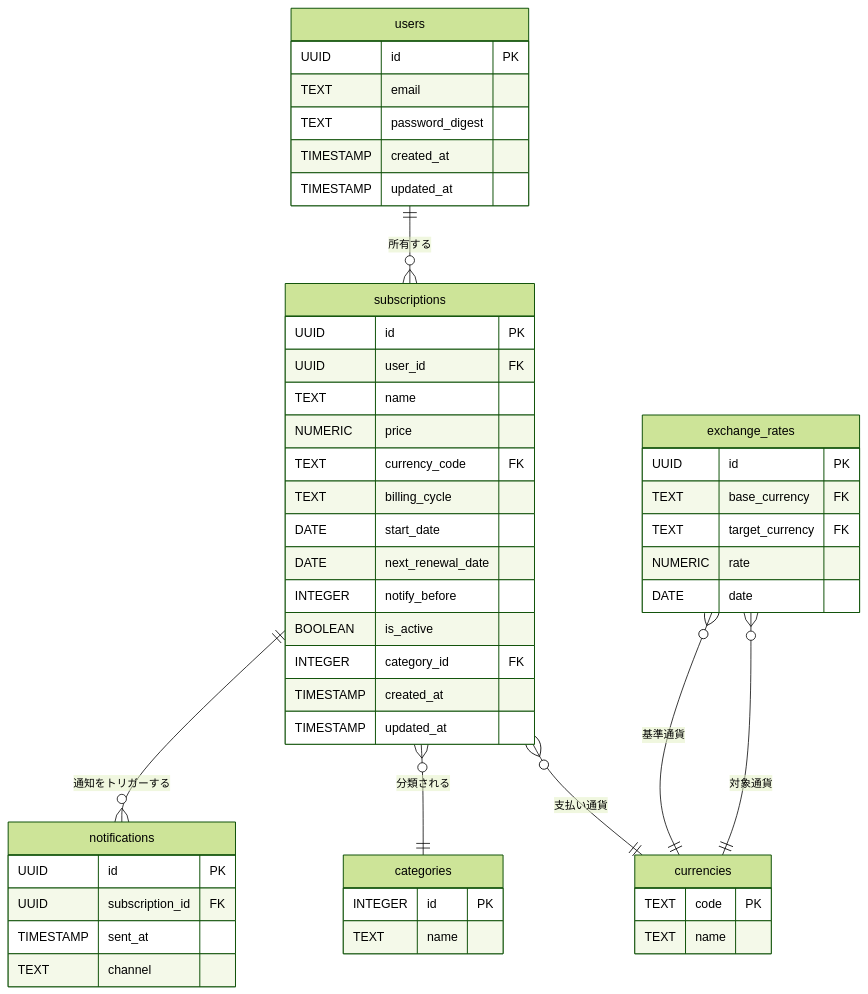
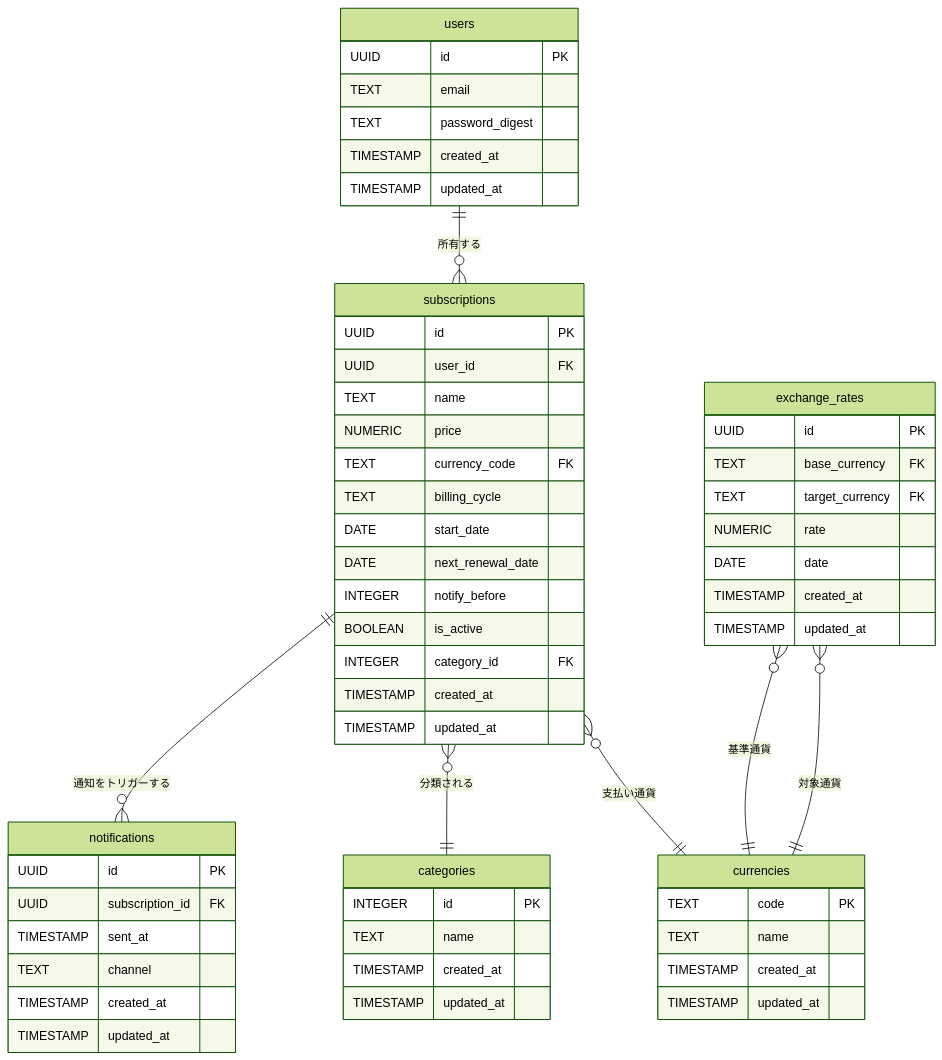
The diagram in doc/er-diagram.md (ueferi/track-my-subs), drawn with Mermaid (forest theme) before and after one commit. The commit also changed other lines of this file, not shown here.

Commit message:
Add created_at and updated_at columns to all tables

````diff
--- a/doc/er-diagram.md
+++ b/doc/er-diagram.md
@@ -7,59 +7,67 @@
 ```mermaid
 erDiagram
 
 users {
   UUID id PK
   TEXT email
   TEXT password_digest
   TIMESTAMP created_at
   TIMESTAMP updated_at
 }
 
 subscriptions {
   UUID id PK
   UUID user_id FK
   TEXT name
   NUMERIC price
   TEXT currency_code FK
   TEXT billing_cycle
   DATE start_date
   DATE next_renewal_date
   INTEGER notify_before
   BOOLEAN is_active
   INTEGER category_id FK
   TIMESTAMP created_at
   TIMESTAMP updated_at
 }
 
 notifications {
   UUID id PK
   UUID subscription_id FK
   TIMESTAMP sent_at
   TEXT channel
+  TIMESTAMP created_at
+  TIMESTAMP updated_at
 }
 
 categories {
   INTEGER id PK
   TEXT name
+  TIMESTAMP created_at
+  TIMESTAMP updated_at
 }
 
 currencies {
   TEXT code PK
   TEXT name
+  TIMESTAMP created_at
+  TIMESTAMP updated_at
 }
 
 exchange_rates {
   UUID id PK
   TEXT base_currency FK
   TEXT target_currency FK
   NUMERIC rate
   DATE date
+  TIMESTAMP created_at
+  TIMESTAMP updated_at
 }
 
 users ||--o{ subscriptions : "所有する"
 subscriptions ||--o{ notifications : "通知をトリガーする"
 subscriptions }o--|| categories : "分類される"
 subscriptions }o--|| currencies : "支払い通貨"
 exchange_rates }o--|| currencies : "基準通貨"
 exchange_rates }o--|| currencies : "対象通貨"
 ```
````
